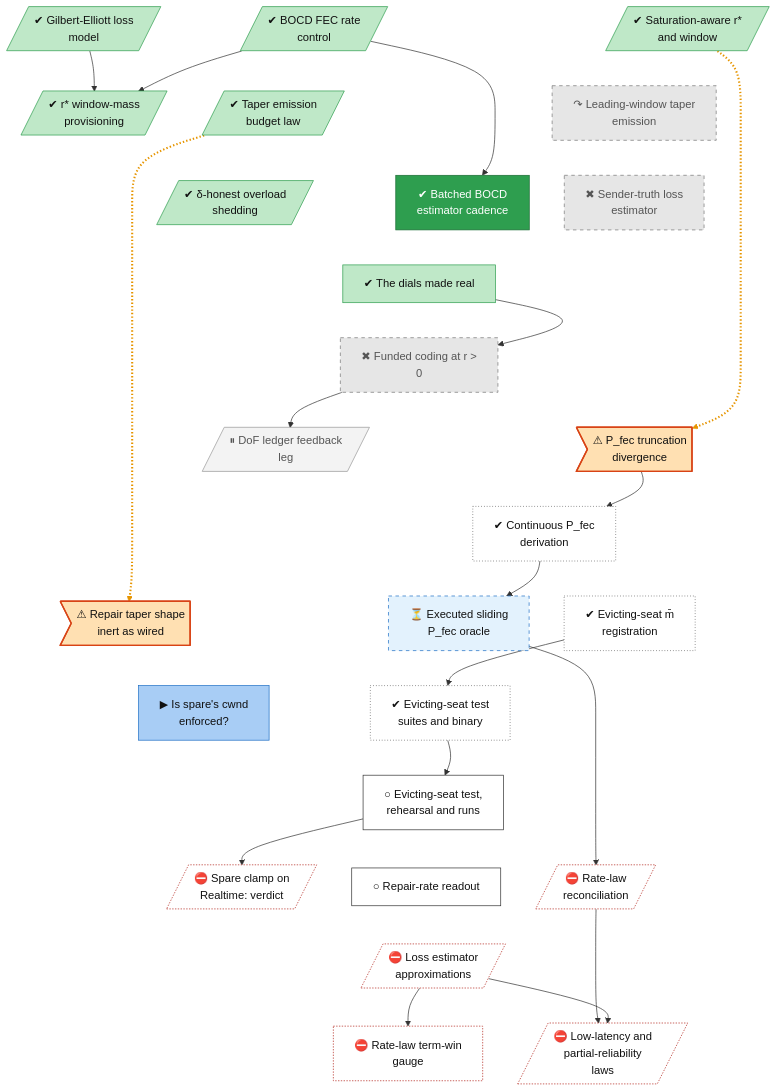
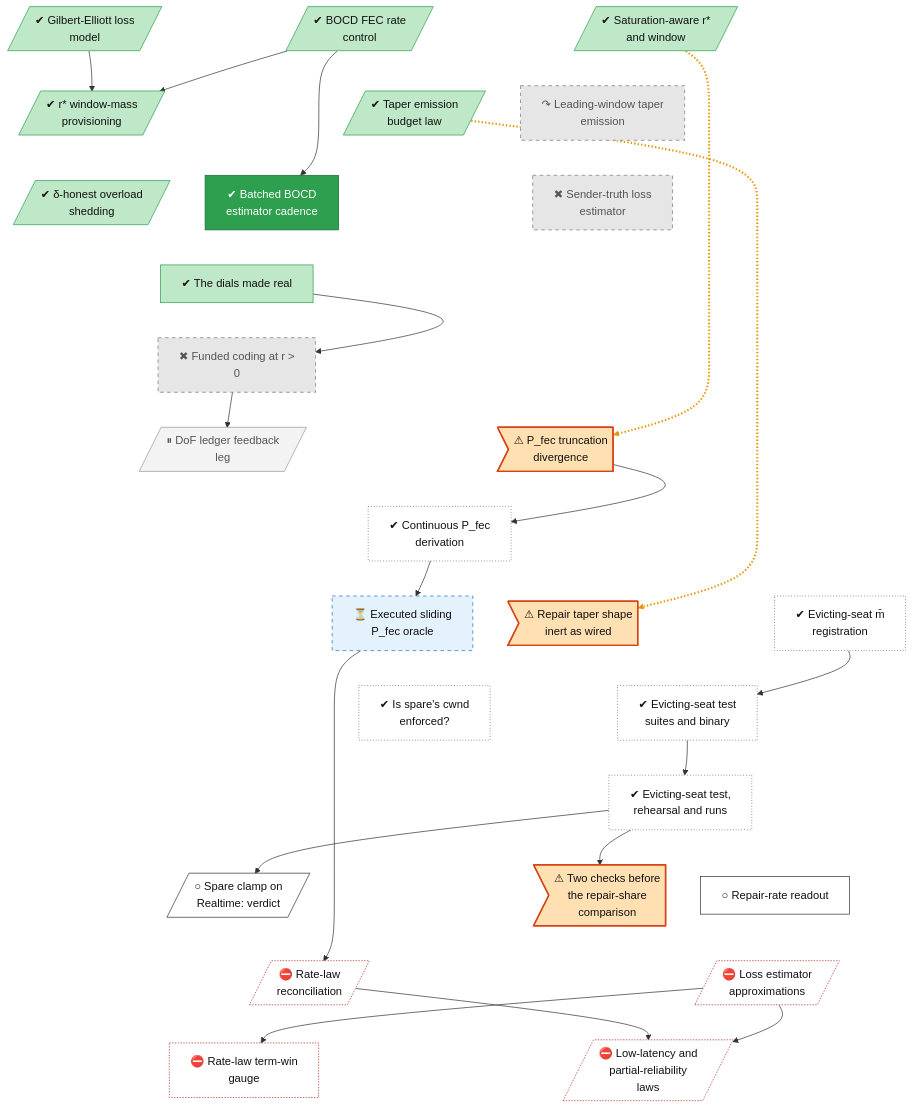
One commit to lhns/raptorpath changed the diagram in docs/roadmap/tracks/rate.md. Above: the diagram before and after it, drawn with Mermaid. The commit also changed other lines of this file and 10 other files, not shown here.

Commit message:
status §51 block E Result: DEGENERATE-AS-WIRED, rate-spare-cwnd NOT-ENFORCED (both predicted); K4 held on the PM W1 bracket failure and Delta pinned at 1; ledger docs/l1-raw/s51e; law-ledger K04; roadmap

````diff
--- a/docs/roadmap/tracks/rate.md
+++ b/docs/roadmap/tracks/rate.md
@@ -26,10 +26,11 @@
     rate_pfec_oracle["⏳ Executed sliding<br/>P_fec oracle"]
     rate_defect_taper_inert>"⚠ Repair taper shape<br/>inert as wired"]
     rate_evict_registration["✔ Evicting-seat m̄<br/>registration"]
-    rate_spare_cwnd["▶ Is spare's cwnd<br/>enforced?"]
+    rate_spare_cwnd["✔ Is spare's cwnd<br/>enforced?"]
     rate_evict_epre["✔ Evicting-seat test<br/>suites and binary"]
-    rate_evict_session["○ Evicting-seat test,<br/>rehearsal and runs"]
-    rate_spare_clamp_verdict[/"⛔ Spare clamp on<br/>Realtime: verdict"/]
+    rate_evict_session["✔ Evicting-seat test,<br/>rehearsal and runs"]
+    rate_spare_clamp_verdict[/"○ Spare clamp on<br/>Realtime: verdict"/]
+    rate_k4_input_checks>"⚠ Two checks before<br/>the repair-share<br/>comparison"]
     rate_fix_rate_readout["○ Repair-rate readout"]
     rate_law_reconcile[/"⛔ Rate-law<br/>reconciliation"/]
     rate_fix_estimators[/"⛔ Loss estimator<br/>approximations"/]
@@ -58,12 +59,12 @@
     rate_spare_cwnd ~~~ rate_evict_session
     rate_evict_epre ~~~ rate_evict_session
     rate_evict_session ~~~ rate_spare_clamp_verdict
+    rate_evict_session ~~~ rate_k4_input_checks
     rate_evict_session ~~~ rate_fix_rate_readout
-    rate_evict_session ~~~ rate_law_reconcile
-    rate_spare_clamp_verdict ~~~ rate_fix_estimators
+    rate_spare_clamp_verdict ~~~ rate_law_reconcile
+    rate_k4_input_checks ~~~ rate_fix_estimators
     rate_fix_rate_readout ~~~ rate_fix_estimators
-    rate_law_reconcile ~~~ rate_fix_estimators
-    rate_fix_estimators ~~~ rate_fix_term_gauge
+    rate_law_reconcile ~~~ rate_fix_term_gauge
     rate_fix_estimators ~~~ rate_fix_rho_realtime
     rate_saturation_rstar -.-> rate_defect_pfec
     rate_ge_hmm --> rate_rstar_window_mass
@@ -77,6 +78,7 @@
     rate_evict_registration --> rate_evict_epre
     rate_evict_epre --> rate_evict_session
     rate_evict_session --> rate_spare_clamp_verdict
+    rate_evict_session --> rate_k4_input_checks
     rate_pfec_oracle --> rate_law_reconcile
     rate_fix_estimators --> rate_fix_term_gauge
     rate_law_reconcile --> rate_fix_rho_realtime
@@ -99,10 +101,9 @@
     class rate_leading_taper,rate_sender_truth_loss,rate_r_battery dead
     class rate_est_cadence vsucc
     class rate_dof_ledger parked
-    class rate_defect_pfec,rate_defect_taper_inert defect
-    class rate_pfec_continuous,rate_evict_registration,rate_evict_epre unrated
+    class rate_defect_pfec,rate_defect_taper_inert,rate_k4_input_checks defect
+    class rate_pfec_continuous,rate_evict_registration,rate_spare_cwnd,rate_evict_epre,rate_evict_session unrated
     class rate_pfec_oracle waiting
-    class rate_spare_cwnd inprog
-    class rate_evict_session,rate_fix_rate_readout next
-    class rate_spare_clamp_verdict,rate_law_reconcile,rate_fix_estimators,rate_fix_term_gauge,rate_fix_rho_realtime blocked
+    class rate_spare_clamp_verdict,rate_fix_rate_readout next
+    class rate_law_reconcile,rate_fix_estimators,rate_fix_term_gauge,rate_fix_rho_realtime blocked
 ```
````
